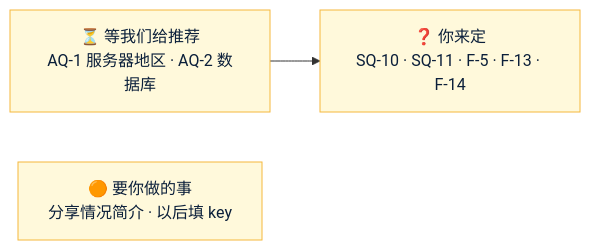
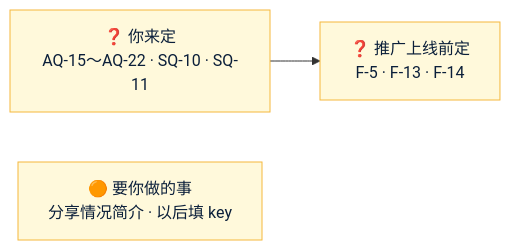
One commit to dollar3651314/forecast changed the diagram in Amos待办.md. Above: the diagram before and after it, drawn with Mermaid. The commit also changed other lines of this file, not shown here.

````diff
--- a/Amos待办.md
+++ b/Amos待办.md
@@ -10,7 +10,7 @@
 ```mermaid
 flowchart LR
-    A["⏳ 等我们给推荐<br/>AQ-1 服务器地区 · AQ-2 数据库"] --> B["❓ 你来定<br/>SQ-10 · SQ-11 · F-5 · F-13 · F-14"]
+    A["❓ 你来定<br/>AQ-15～AQ-22 · SQ-10 · SQ-11"] --> B["❓ 推广上线前定<br/>F-5 · F-13 · F-14"]
     T["🟠 要你做的事<br/>分享情况简介 · 以后填 key"]
     classDef amos fill:#FFF9DB,stroke:#F5B83D,color:#0B1F3A
     class A,B,T amos
 ```
````
